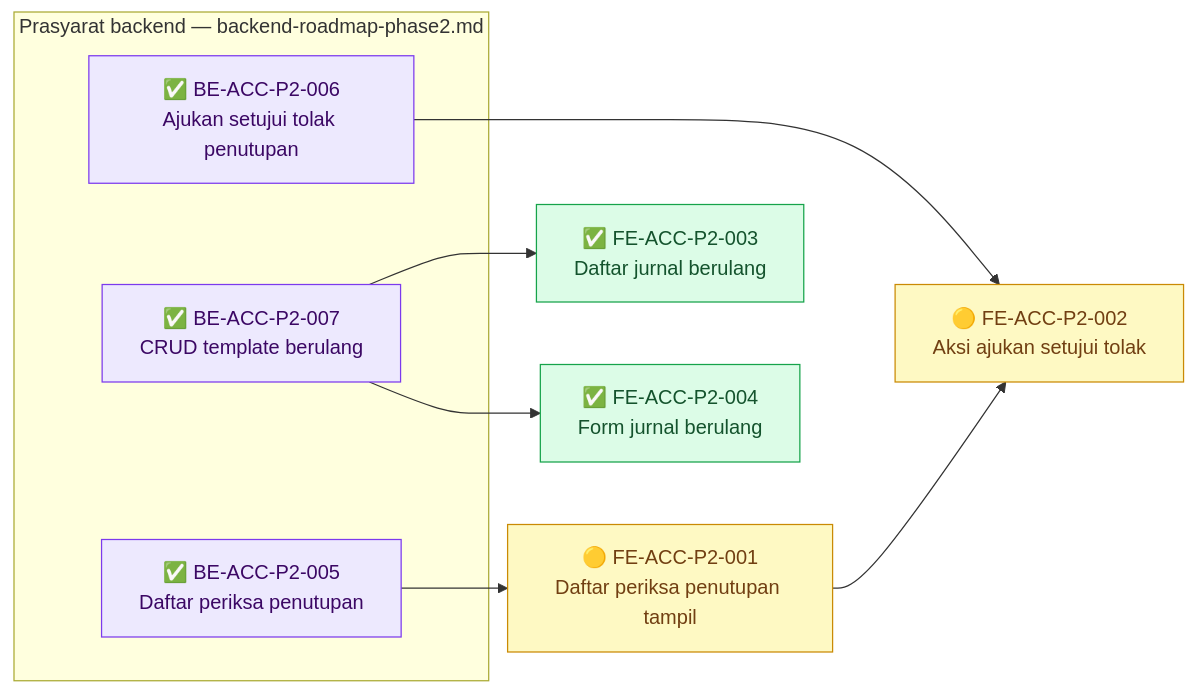
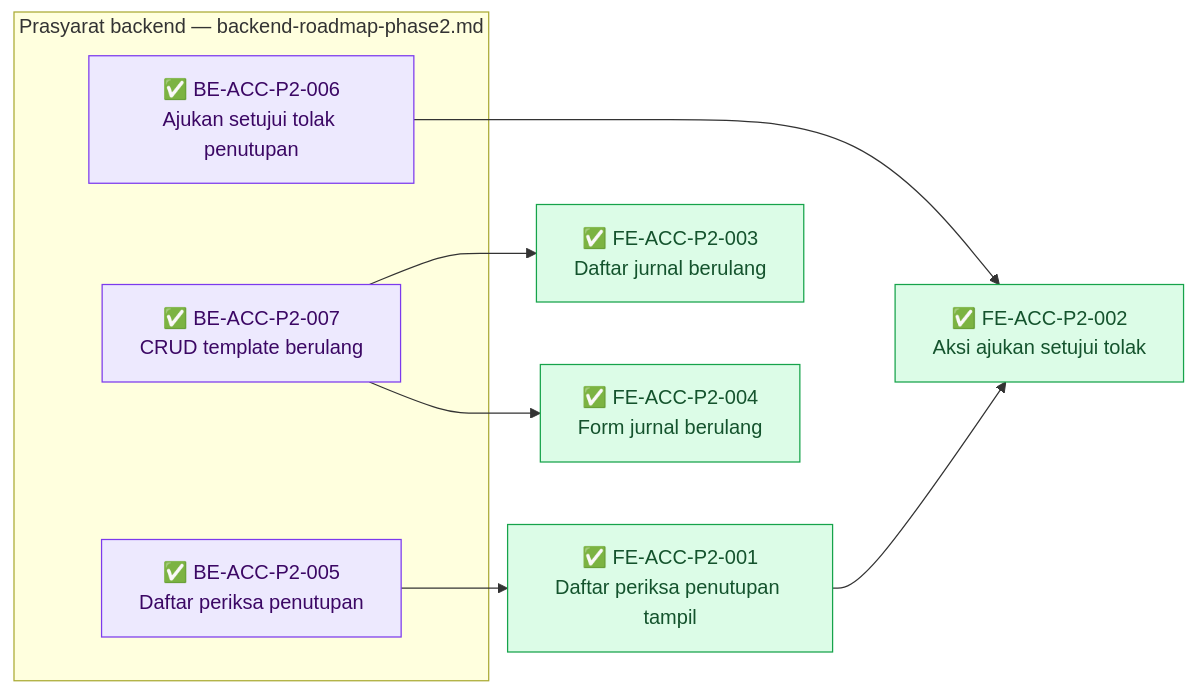
The second of 4 diagrams in docs/module-blueprints/accounting/roadmap/frontend-roadmap-phase2.md (DevBenari/NewQuilvianSystemBackend), drawn with Mermaid before and after one commit. The commit also changed other lines of this file and 5 other files, not shown here.

````diff
--- a/docs/module-blueprints/accounting/roadmap/frontend-roadmap-phase2.md
+++ b/docs/module-blueprints/accounting/roadmap/frontend-roadmap-phase2.md
@@ -64,25 +64,25 @@
 ```mermaid
 flowchart LR
     classDef selesai fill:#DCFCE7,stroke:#16A34A,color:#14532D
     classDef sebagian fill:#FEF9C3,stroke:#CA8A04,color:#713F12
     classDef terblokir fill:#FEE2E2,stroke:#DC2626,color:#7F1D1D
     classDef belum fill:#F1F5F9,stroke:#64748B,color:#0F172A
     classDef luar fill:#EDE9FE,stroke:#7C3AED,color:#3B0764
 
     subgraph backend1["Prasyarat backend — backend-roadmap-phase2.md"]
         BEACCP2005["✅ BE-ACC-P2-005<br/>Daftar periksa penutupan"]:::luar
         BEACCP2006["✅ BE-ACC-P2-006<br/>Ajukan setujui tolak penutupan"]:::luar
         BEACCP2007["✅ BE-ACC-P2-007<br/>CRUD template berulang"]:::luar
     end
 
-    FEACCP2001["🟡 FE-ACC-P2-001<br/>Daftar periksa penutupan tampil"]:::sebagian
-    FEACCP2002["🟡 FE-ACC-P2-002<br/>Aksi ajukan setujui tolak"]:::sebagian
+    FEACCP2001["✅ FE-ACC-P2-001<br/>Daftar periksa penutupan tampil"]:::selesai
+    FEACCP2002["✅ FE-ACC-P2-002<br/>Aksi ajukan setujui tolak"]:::selesai
     FEACCP2003["✅ FE-ACC-P2-003<br/>Daftar jurnal berulang"]:::selesai
     FEACCP2004["✅ FE-ACC-P2-004<br/>Form jurnal berulang"]:::selesai
 
     BEACCP2005 --> FEACCP2001
     BEACCP2006 --> FEACCP2002
     FEACCP2001 --> FEACCP2002
     BEACCP2007 --> FEACCP2003
     BEACCP2007 --> FEACCP2004
 ```
````
